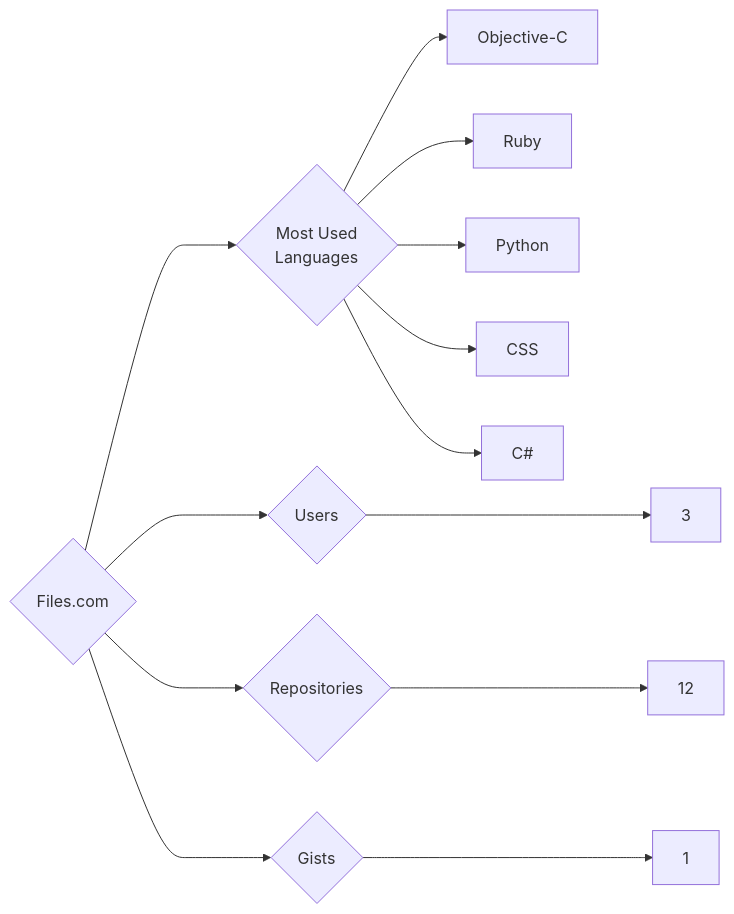
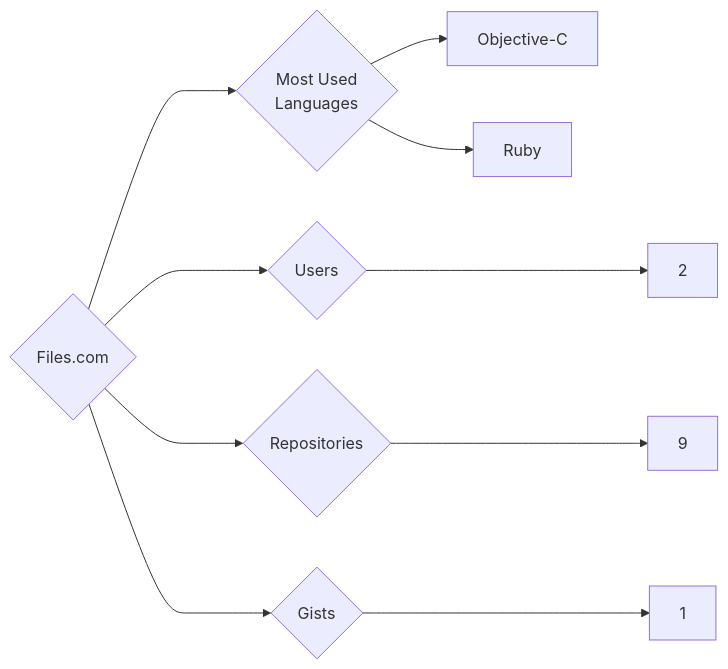
One commit to trickest/insiders changed the diagram in targets/Files.com/README.md. Above: the diagram before and after it, drawn with Mermaid. The commit also changed 1088 other files, not shown here.

````diff
--- a/targets/Files.com/README.md
+++ b/targets/Files.com/README.md
@@ -3,13 +3,10 @@
 ```mermaid
 graph LR
 COMPANY_NAME{Files.com}
-COMPANY_NAME ---> U{Users} ---> UN[3]
-COMPANY_NAME ---> R{Repositories} ---> RN[12]
+COMPANY_NAME ---> U{Users} ---> UN[2]
+COMPANY_NAME ---> R{Repositories} ---> RN[9]
 COMPANY_NAME ---> G{Gists} ---> GN[1]
 COMPANY_NAME ---> ML{Most Used<br>Languages}
 ML --> Objective-C[Objective-C]
 ML --> Ruby[Ruby]
-ML --> Python[Python]
-ML --> CSS[CSS]
-ML --> C#[C#]
 ```
````
